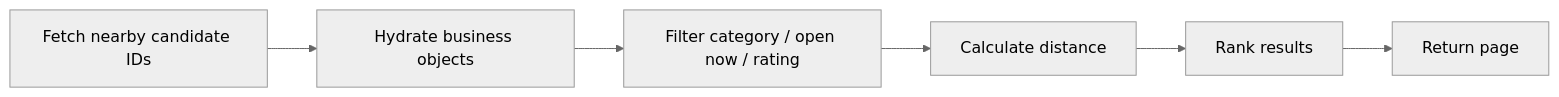
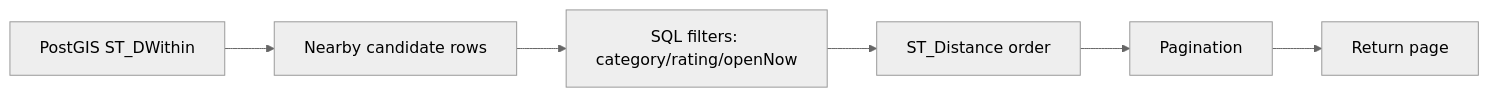
One commit to mthaiseer/springcloud-systemdesign-notes changed diagram 14 of 17 in HLD_NOTES/004_INTERVIEW_PROBLEMS/013_proximity_service_visual_notes.md. Above: the diagram before and after it, drawn with Mermaid (neutral theme). The commit also changed other lines of this file and 1 other file, not shown here.

````diff
--- a/HLD_NOTES/004_INTERVIEW_PROBLEMS/013_proximity_service_visual_notes.md
+++ b/HLD_NOTES/004_INTERVIEW_PROBLEMS/013_proximity_service_visual_notes.md
@@ -707,8 +732,8 @@
 ```mermaid
 flowchart LR
-    A[Fetch nearby candidate IDs] --> B[Hydrate business objects]
-    B --> C[Filter category / open now / rating]
-    C --> D[Calculate distance]
-    D --> E[Rank results]
+    A[PostGIS ST_DWithin] --> B[Nearby candidate rows]
+    B --> C[SQL filters: category/rating/openNow]
+    C --> D[ST_Distance order]
+    D --> E[Pagination]
     E --> F[Return page]
 ```
````
